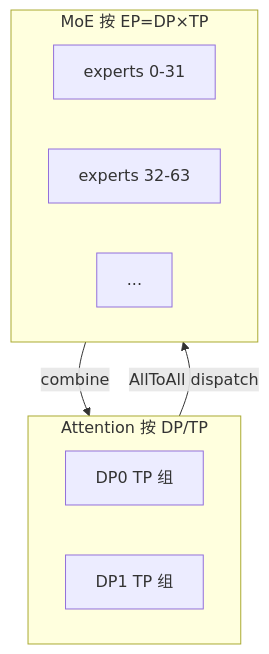
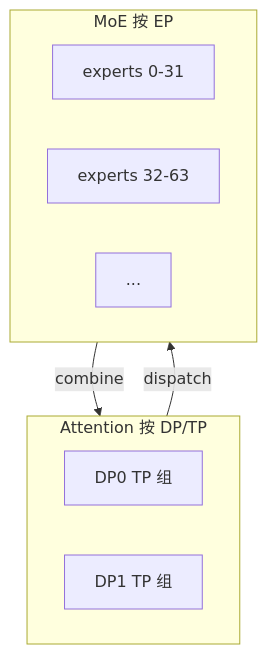
The third of 3 diagrams in parallelism-learning/02-strategies.md (heckletbot/document), drawn with Mermaid before and after one commit. The commit also changed other lines of this file and 2 other files, not shown here.

First line of the commit message:
Expand EP: dispatch/combine backends and MoE ep/tp/dp dims.

````diff
--- a/parallelism-learning/02-strategies.md
+++ b/parallelism-learning/02-strategies.md
@@ -176,14 +178,14 @@
 ```mermaid
 flowchart TB
   subgraph attn [Attention 按 DP/TP]
     A0[DP0 TP 组]
     A1[DP1 TP 组]
   end
-  subgraph moe [MoE 按 EP=DP×TP]
+  subgraph moe [MoE 按 EP]
     E0[experts 0-31]
     E1[experts 32-63]
     E2[...]
   end
-  attn -->|AllToAll dispatch| moe
+  attn -->|dispatch| moe
   moe -->|combine| attn
 ```
````
